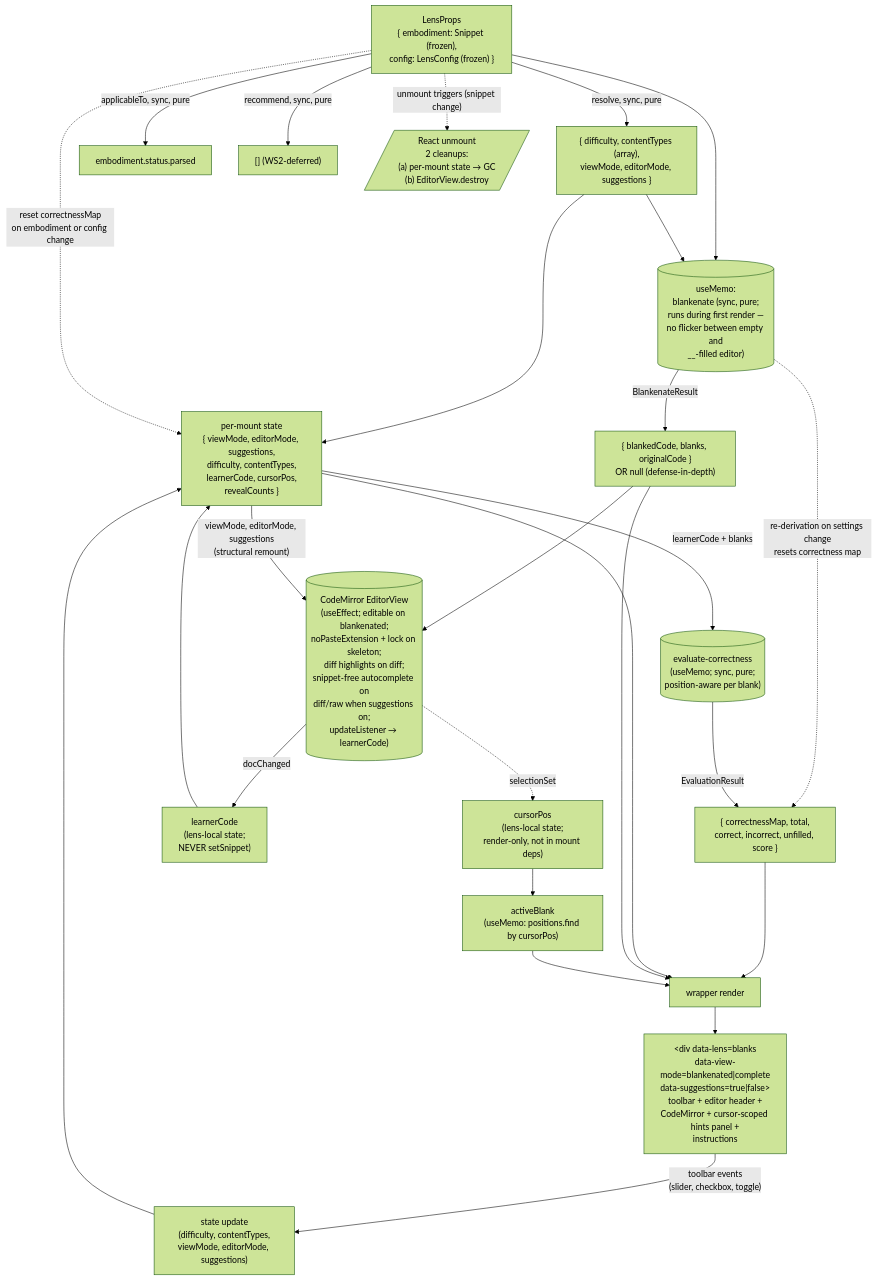
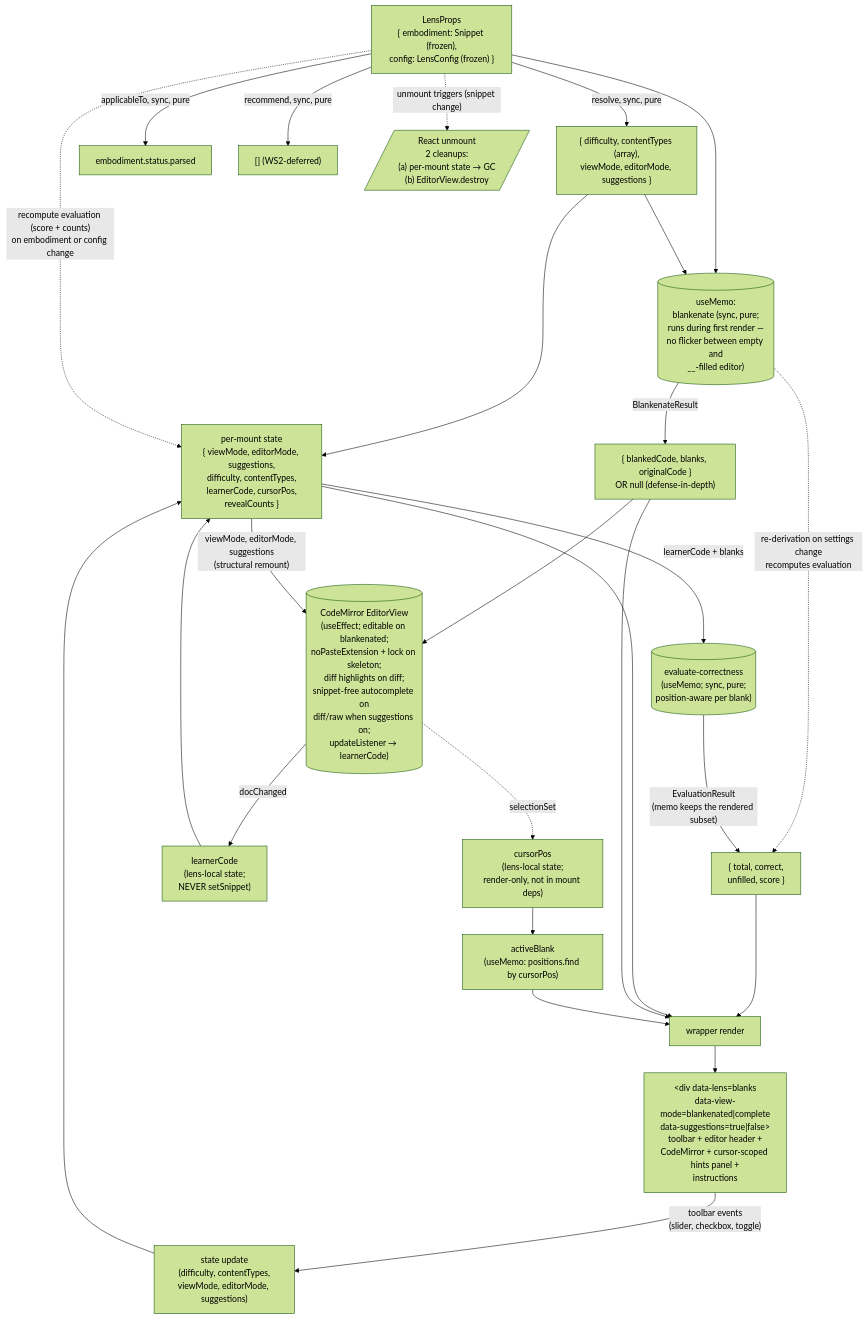
The diagram in src/lib/just-enough/javascript/lenses/blanks/DOCS.md (codeschoolinabox/curricula), drawn with Mermaid (forest theme) before and after one commit. The commit also changed other lines of this file and 2 other files, not shown here.

````diff
--- a/src/lib/just-enough/javascript/lenses/blanks/DOCS.md
+++ b/src/lib/just-enough/javascript/lenses/blanks/DOCS.md
@@ -188,42 +189,42 @@
 ```mermaid
 flowchart TD
     Props["LensProps<br/>{ embodiment: Snippet (frozen),<br/>config: LensConfig (frozen) }"]
 
     Props -->|"resolve, sync, pure"| ResolvedConfig["{ difficulty, contentTypes (array),<br/>viewMode, editorMode, suggestions }"]
     Props -->|"applicableTo, sync, pure"| Gate["embodiment.status.parsed"]
     Props -->|"recommend, sync, pure"| Recs["[] (WS2-deferred)"]
 
     ResolvedConfig --> State["per-mount state<br/>{ viewMode, editorMode, suggestions,<br/>difficulty, contentTypes,<br/>learnerCode, cursorPos,<br/>revealCounts }"]
 
     Props --> Memo
     ResolvedConfig --> Memo[("useMemo:<br/>blankenate (sync, pure;<br/>runs during first render —<br/>no flicker between empty and<br/>__-filled editor)")]
 
     Memo -->|"BlankenateResult"| Blanks["{ blankedCode, blanks, originalCode }<br/>OR null (defense-in-depth)"]
-    Memo -.->|"re-derivation on settings change<br/>resets correctness map"| Correctness
+    Memo -.->|"re-derivation on settings change<br/>recomputes evaluation"| Correctness
 
     Blanks --> Editor
     State -->|"viewMode, editorMode, suggestions<br/>(structural remount)"| Editor[("CodeMirror EditorView<br/>(useEffect; editable on blankenated;<br/>noPasteExtension + lock on skeleton;<br/>diff highlights on diff;<br/>snippet-free autocomplete on<br/>diff/raw when suggestions on;<br/>updateListener → learnerCode)")]
 
     Editor -->|"docChanged"| LearnerCode["learnerCode<br/>(lens-local state;<br/>NEVER setSnippet)"]
     LearnerCode --> State
 
     State -->|"learnerCode + blanks"| Eval[("evaluate-correctness<br/>(useMemo; sync, pure;<br/>position-aware per blank)")]
-    Eval -->|"EvaluationResult"| Correctness["{ correctnessMap, total,<br/>correct, incorrect, unfilled, score }"]
+    Eval -->|"EvaluationResult<br/>(memo keeps the rendered subset)"| Correctness["{ total, correct,<br/>unfilled, score }"]
     Correctness --> Render
 
     Editor -.->|"selectionSet"| CursorPos["cursorPos<br/>(lens-local state;<br/>render-only, not in mount deps)"]
     CursorPos --> ActiveBlank["activeBlank<br/>(useMemo: positions.find by cursorPos)"]
 
     State --> Render["wrapper render"]
     Blanks --> Render
     ActiveBlank --> Render
 
     Render --> DOM["&lt;div data-lens=blanks<br/>data-view-mode=blankenated|complete<br/>data-suggestions=true|false&gt;<br/>toolbar + editor header +<br/>CodeMirror + cursor-scoped hints panel +<br/>instructions"]
 
     DOM -->|"toolbar events<br/>(slider, checkbox, toggle)"| ConfigUpdate["state update<br/>(difficulty, contentTypes,<br/>viewMode, editorMode, suggestions)"]
     ConfigUpdate --> State
 
-    Props -.->|"reset correctnessMap<br/>on embodiment or config change"| State
+    Props -.->|"recompute evaluation (score + counts)<br/>on embodiment or config change"| State
 
     Props -.->|"unmount triggers (snippet change)"| Unmount[/"React unmount<br/>2 cleanups:<br/>(a) per-mount state → GC<br/>(b) EditorView.destroy"/]
 ```
````
